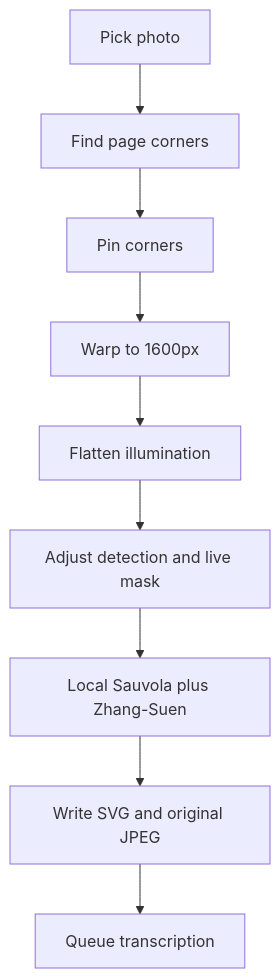
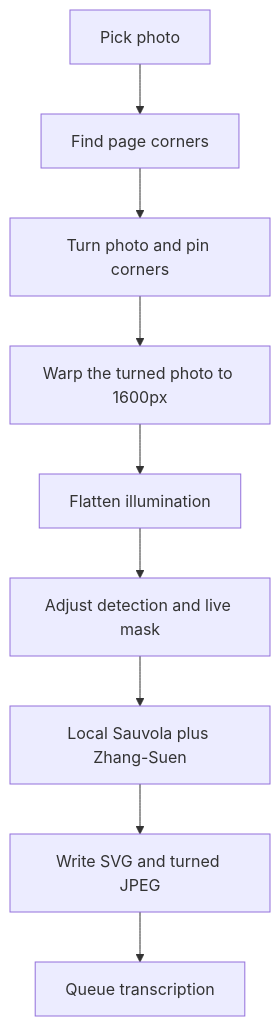
The diagram in docs/writing-from-photo.md (daledesilva/obsidian_ink), drawn with Mermaid before and after one commit. The commit also changed other lines of this file and 13 other files, not shown here.

Commit message:
updated: Turned photos from the corner step so a sideways page traces upright. Saved that same turn on the vault JPEG, and added stripped page photos as fixtures so the trace stays covered.

````diff
--- a/docs/writing-from-photo.md
+++ b/docs/writing-from-photo.md
@@ -21,13 +21,13 @@
 ```mermaid
 flowchart TD
   Pick[Pick photo]
   Detect[Find page corners]
-  Crop[Pin corners]
-  Warp[Warp to 1600px]
+  Crop[Turn photo and pin corners]
+  Warp[Warp the turned photo to 1600px]
   Flatten[Flatten illumination]
   Adjust[Adjust detection and live mask]
   Trace[Local Sauvola plus Zhang-Suen]
-  Embed[Write SVG and original JPEG]
+  Embed[Write SVG and turned JPEG]
   Queue[Queue transcription]
   Pick --> Detect --> Crop --> Warp --> Flatten --> Adjust --> Trace --> Embed --> Queue
 ```
````
